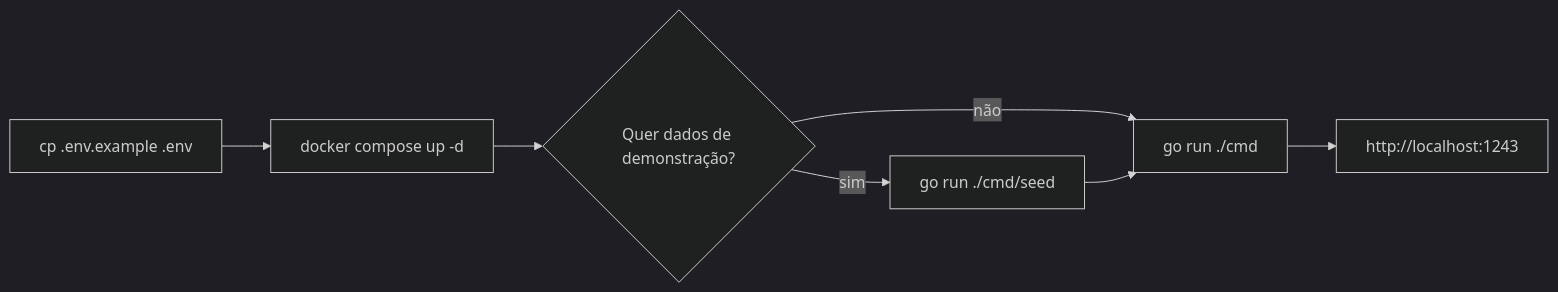
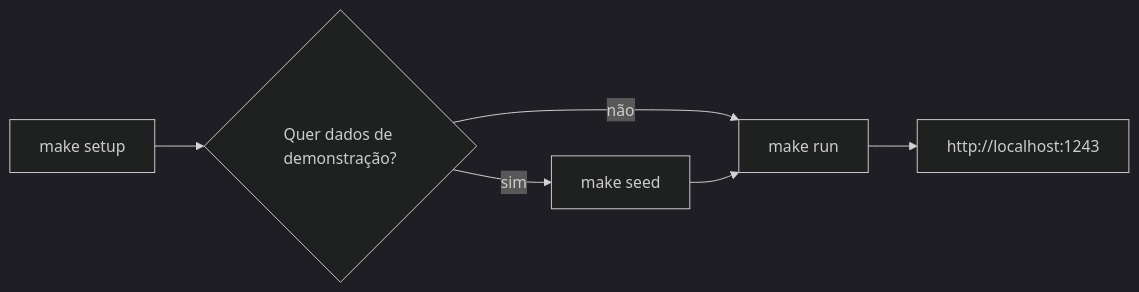
The diagram in _docs/getting-started/installation.md (itallovidal/working-time-tracker), drawn with Mermaid (dark theme) before and after one commit. The commit also changed other lines of this file and 8 other files, not shown here.

Commit message:
docs: commands.md (what to run for each task, what every target runs underneath, make dev, make demo, restoring a backup, adding a target); the README, installation.md, workflow.md, deploy.md, configuration.md, github.md and trello.md show the make commands and keep the raw ones; the sprint 98 notes

````diff
--- a/_docs/getting-started/installation.md
+++ b/_docs/getting-started/installation.md
@@ -14,9 +16,8 @@
 ```mermaid
 flowchart LR
-    A["cp .env.example .env"] --> B["docker compose up -d"]
-    B --> C{"Quer dados de demonstração?"}
-    C -- "sim" --> D["go run ./cmd/seed"]
-    C -- "não" --> E["go run ./cmd"]
+    A["make setup"] --> C{"Quer dados de demonstração?"}
+    C -- "sim" --> D["make seed"]
+    C -- "não" --> E["make run"]
     D --> E
     E --> F["http://localhost:1243"]
 ```
````
